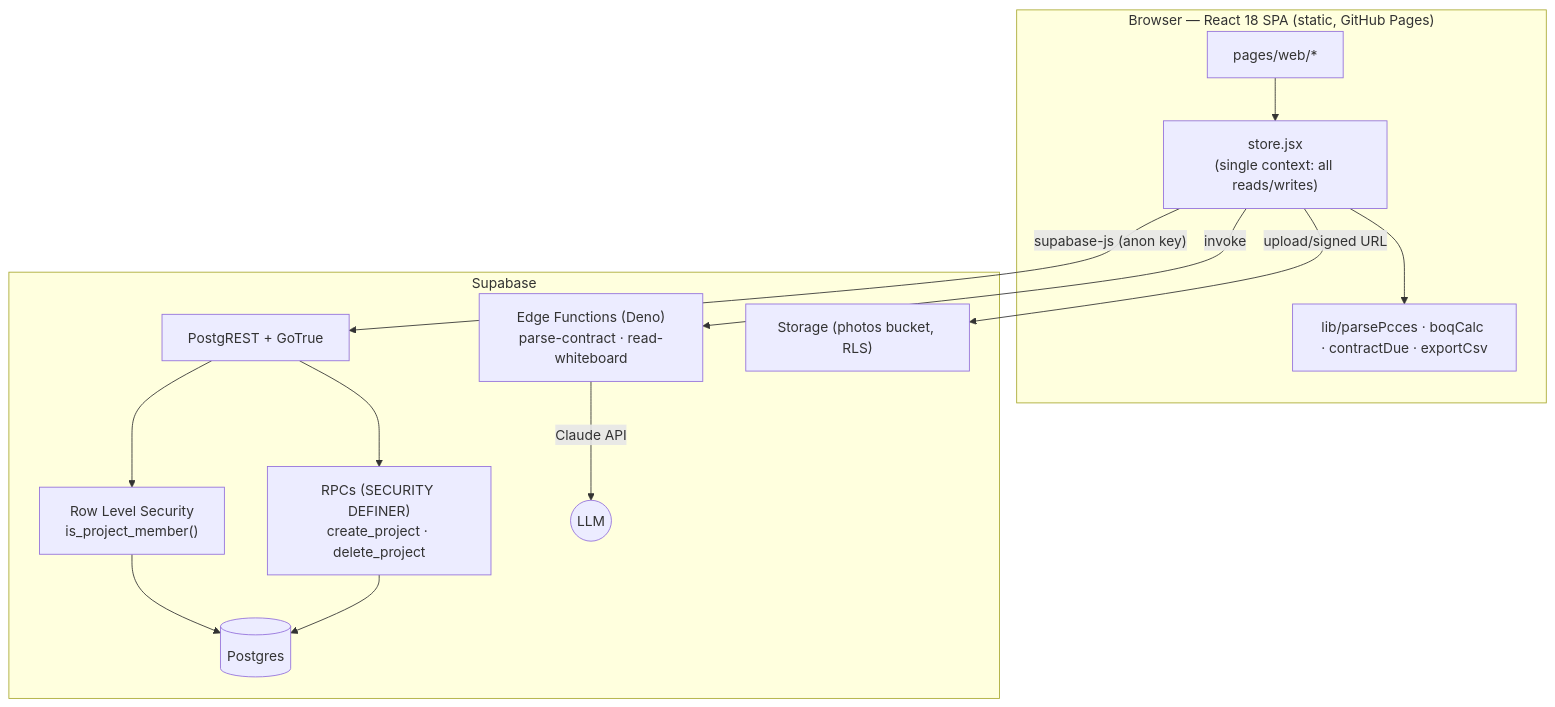
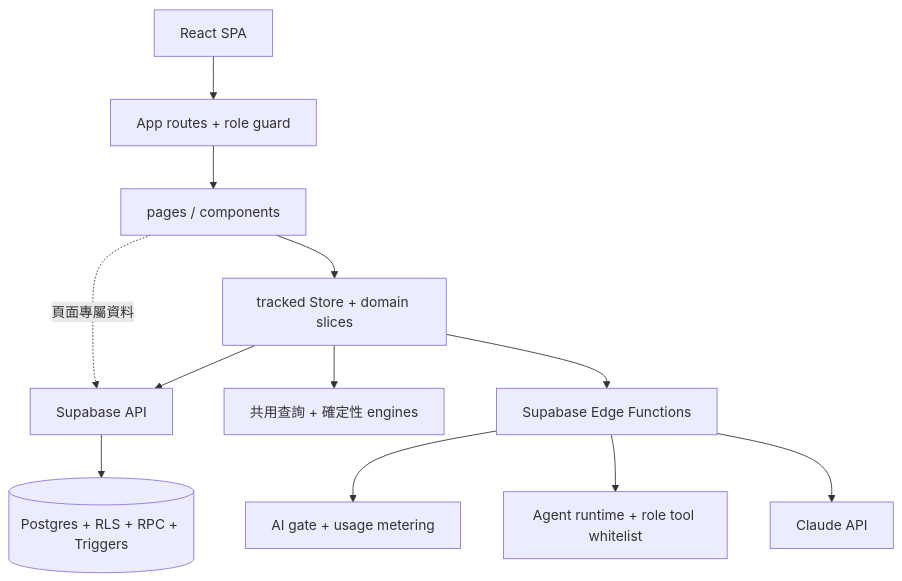
The second of 2 diagrams in README.md (ryanxxhuang/PMIS), drawn with Mermaid before and after one commit. The commit also changed other lines of this file and 43 other files, not shown here.

````diff
--- a/README.md
+++ b/README.md
@@ -169,18 +57,14 @@
 ```mermaid
 flowchart TB
-  subgraph Browser["Browser — React 18 SPA (static, GitHub Pages)"]
-    P["pages/web/*"] --> S["store.jsx<br/>(single context: all reads/writes)"]
-    S --> L["lib/parsePcces · boqCalc · contractDue · exportCsv"]
-  end
-  S -->|"supabase-js (anon key)"| API
-  S -->|"invoke"| FN
-  subgraph Supabase
-    API["PostgREST + GoTrue"] --> RLS["Row Level Security<br/>is_project_member()"]
-    RLS --> DB[("Postgres")]
-    API --> RPC["RPCs (SECURITY DEFINER)<br/>create_project · delete_project"]
-    RPC --> DB
-    STG["Storage (photos bucket, RLS)"]
-    FN["Edge Functions (Deno)<br/>parse-contract · read-whiteboard"] -->|Claude API| AI(("LLM"))
-  end
-  S -->|"upload/signed URL"| STG
+  Browser["React SPA"] --> Routes["App routes + role guard"]
+  Routes --> Pages["pages / components"]
+  Pages --> Store["tracked Store + domain slices"]
+  Pages -. "頁面專屬資料" .-> API["Supabase API"]
+  Store --> Lib["共用查詢 + 確定性 engines"]
+  Store --> API
+  Store --> Edge["Supabase Edge Functions"]
+  Edge --> Gate["AI gate + usage metering"]
+  Edge --> Agent["Agent runtime + role tool whitelist"]
+  Edge --> Claude["Claude API"]
+  API --> DB[("Postgres + RLS + RPC + Triggers")]
 ```
````
